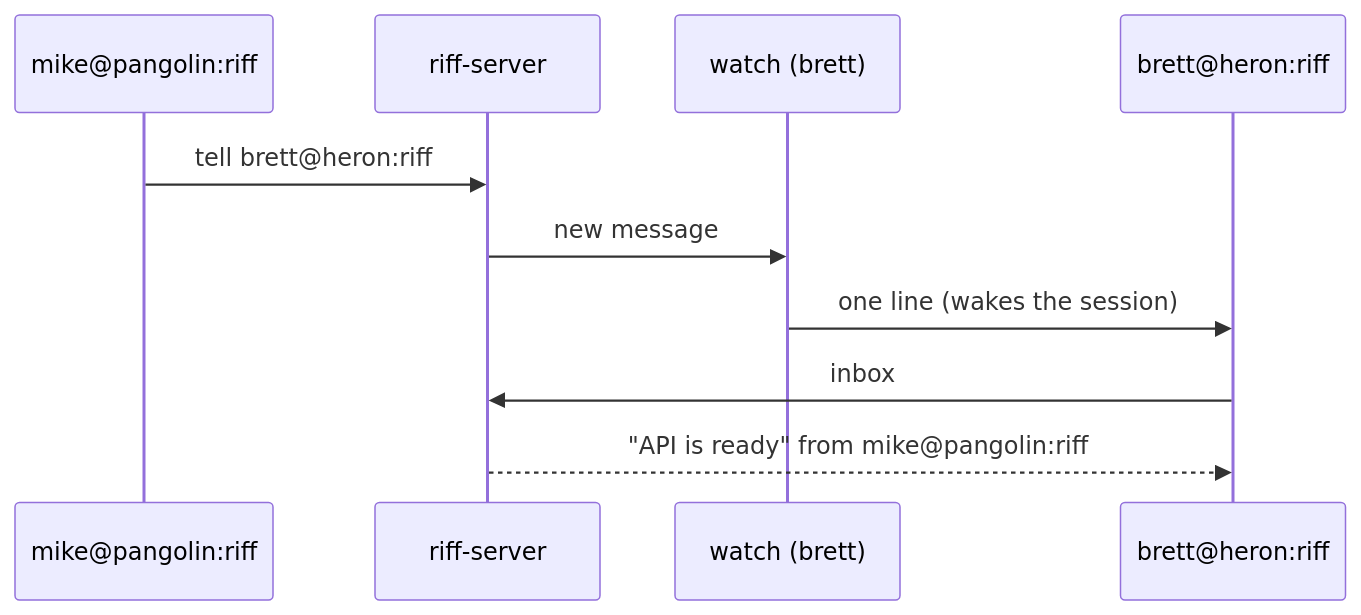
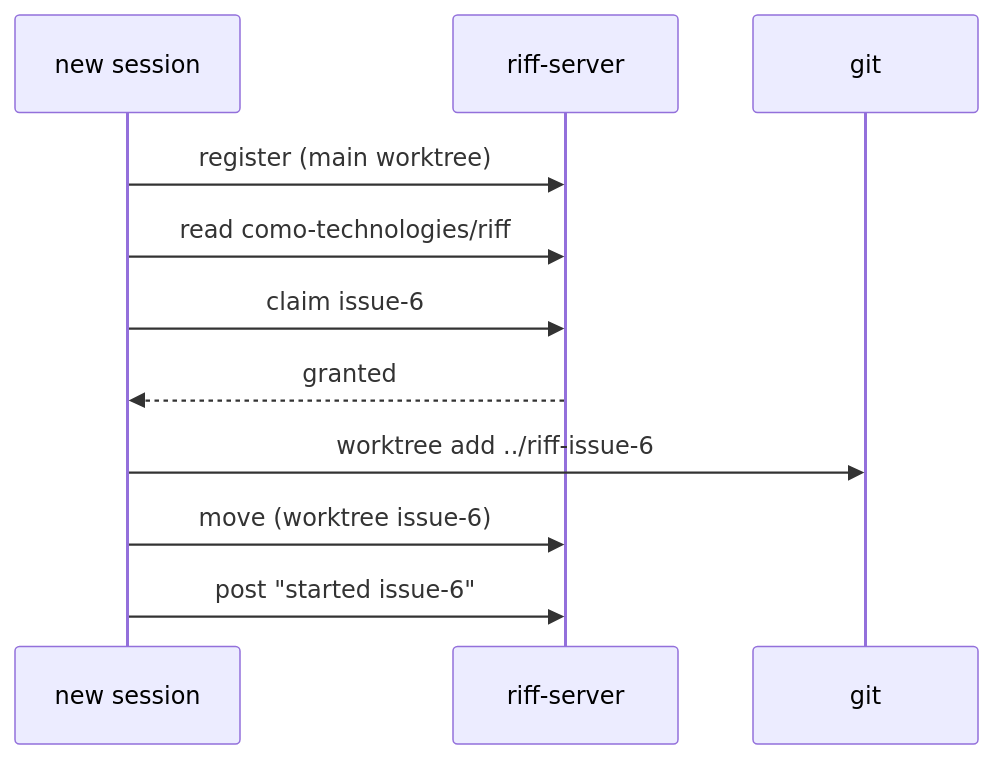
Before and after one commit to como-technologies/riff: the third of 5 diagrams in docs/src/how-it-works.md, drawn with Mermaid. The commit also changed other lines of this file and 22 other files, not shown here.

````diff
--- a/docs/src/how-it-works.md
+++ b/docs/src/how-it-works.md
@@ -57,12 +67,13 @@
 ```mermaid
 sequenceDiagram
-    participant A as mike@pangolin:riff#api
+    participant S as new session
     participant E as riff-server
-    participant W as watch (brett)
-    participant B as brett@heron:riff#tests
-    A->>E: tell brett@heron:riff#tests "API is ready"
-    E->>W: new message
-    W->>B: one line (wakes the session)
-    B->>E: inbox
-    E-->>B: "API is ready" from mike@pangolin:riff#api
+    participant G as git
+    S->>E: register (main worktree)
+    S->>E: read como-technologies/riff
+    S->>E: claim issue-6
+    E-->>S: granted
+    S->>G: worktree add ../riff-issue-6
+    S->>E: move (worktree issue-6)
+    S->>E: post "started issue-6"
 ```
````
